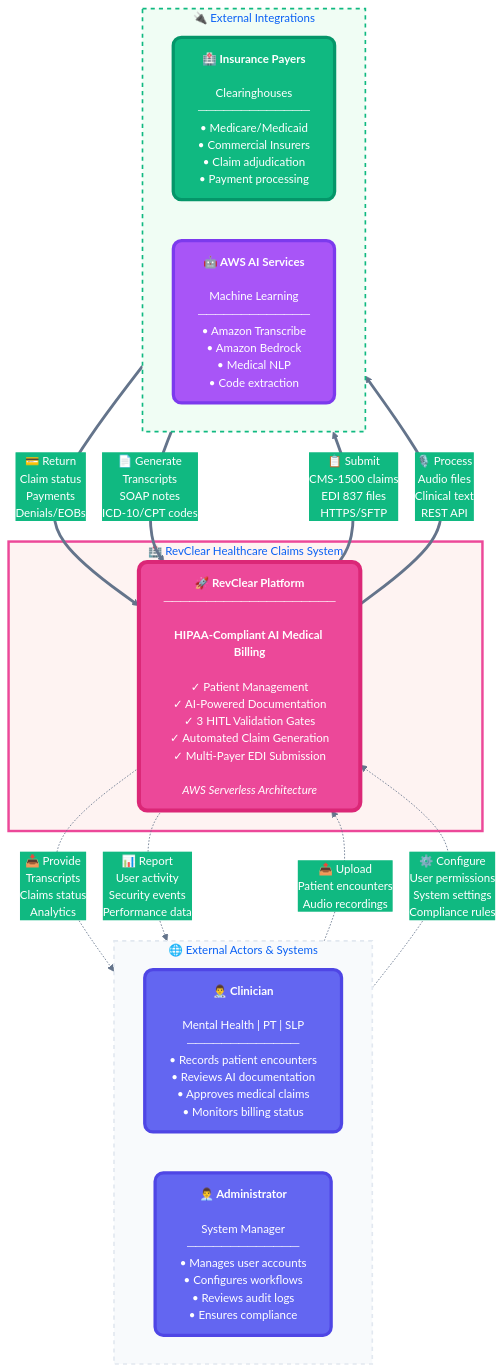
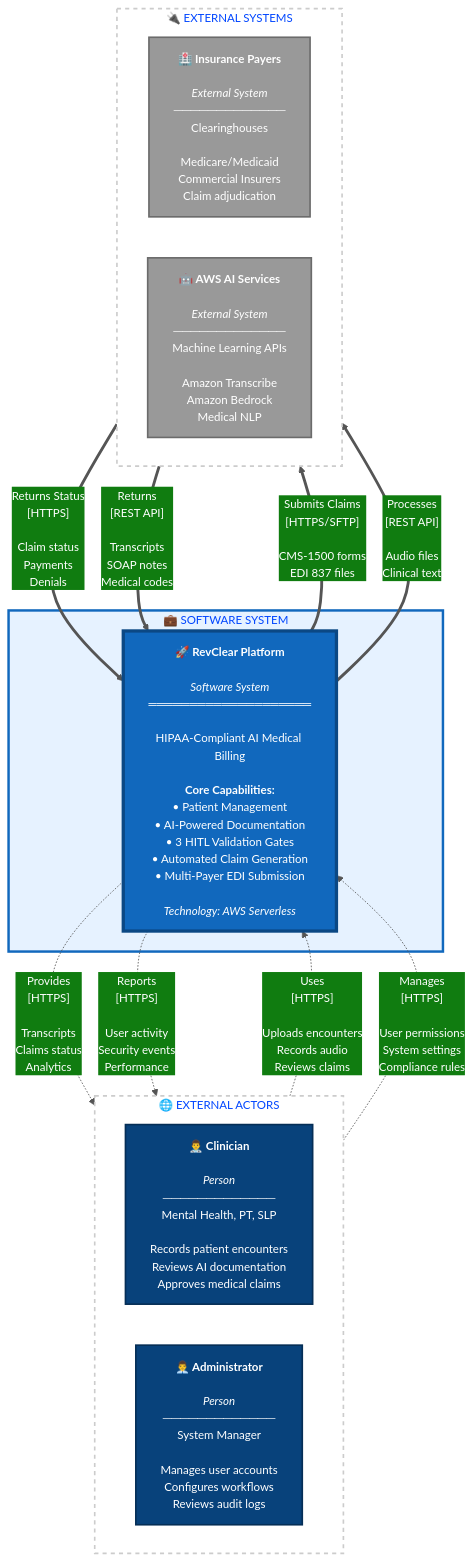
The first of 8 diagrams in docs/ARCHITECTURE_DIAGRAMS.md (hpppm/revclear), drawn with Mermaid before and after one commit. The commit also changed other lines of this file, not shown here.

````diff
--- a/docs/ARCHITECTURE_DIAGRAMS.md
+++ b/docs/ARCHITECTURE_DIAGRAMS.md
@@ -59,51 +61,49 @@
 ```mermaid
-%%{init: {'theme':'base', 'themeVariables': {'primaryColor':'#6366f1','secondaryColor':'#10b981','tertiaryColor':'#f59e0b','primaryBorderColor':'#4f46e5','primaryTextColor':'#fff','lineColor':'#64748b','fontSize':'14px'}}}%%
+%%{init: {'theme':'base', 'themeVariables': {'primaryColor':'#0078D4','secondaryColor':'#107C10','tertiaryColor':'#FFB900','background':'#FFFFFF','mainBkg':'#FFFFFF','primaryTextColor':'#fff','lineColor':'#555','fontSize':'14px'}}}%%
 
 graph TB
-    subgraph external["🌐 External Actors & Systems"]
+    subgraph external["🌐 EXTERNAL ACTORS"]
         direction LR
-        CLI["<b>👨‍⚕️ Clinician</b><br/><br/>Mental Health | PT | SLP<br/>─────────────<br/>• Records patient encounters<br/>• Reviews AI documentation<br/>• Approves medical claims<br/>• Monitors billing status"]
+        CLI["<b>👨‍⚕️ Clinician</b><br/><br/><i>Person</i><br/>─────────────<br/>Mental Health, PT, SLP<br/><br/>Records patient encounters<br/>Reviews AI documentation<br/>Approves medical claims"]
         
-        ADM["<b>👨‍💼 Administrator</b><br/><br/>System Manager<br/>─────────────<br/>• Manages user accounts<br/>• Configures workflows<br/>• Reviews audit logs<br/>• Ensures compliance"]
+        ADM["<b>👨‍💼 Administrator</b><br/><br/><i>Person</i><br/>─────────────<br/>System Manager<br/><br/>Manages user accounts<br/>Configures workflows<br/>Reviews audit logs"]
     end
     
-    subgraph system["🏥 RevClear Healthcare Claims System"]
-        SYS["<b>🚀 RevClear Platform</b><br/>────────────────────<br/><br/><b>HIPAA-Compliant AI Medical Billing</b><br/><br/>✓ Patient Management<br/>✓ AI-Powered Documentation<br/>✓ 3 HITL Validation Gates<br/>✓ Automated Claim Generation<br/>✓ Multi-Payer EDI Submission<br/><br/><i>AWS Serverless Architecture</i>"]
+    subgraph system["💼 SOFTWARE SYSTEM"]
+        SYS["<b>🚀 RevClear Platform</b><br/><br/><i>Software System</i><br/>════════════════════<br/><br/>HIPAA-Compliant AI Medical Billing<br/><br/><b>Core Capabilities:</b><br/>• Patient Management<br/>• AI-Powered Documentation<br/>• 3 HITL Validation Gates<br/>• Automated Claim Generation<br/>• Multi-Payer EDI Submission<br/><br/><i>Technology: AWS Serverless</i>"]
     end
     
-    subgraph integrations["🔌 External Integrations"]
+    subgraph integrations["🔌 EXTERNAL SYSTEMS"]
         direction LR
-        INS["<b>🏥 Insurance Payers</b><br/><br/>Clearinghouses<br/>─────────────<br/>• Medicare/Medicaid<br/>• Commercial Insurers<br/>• Claim adjudication<br/>• Payment processing"]
+        INS["<b>🏥 Insurance Payers</b><br/><br/><i>External System</i><br/>─────────────<br/>Clearinghouses<br/><br/>Medicare/Medicaid<br/>Commercial Insurers<br/>Claim adjudication"]
         
-        AI["<b>🤖 AWS AI Services</b><br/><br/>Machine Learning<br/>─────────────<br/>• Amazon Transcribe<br/>• Amazon Bedrock<br/>• Medical NLP<br/>• Code extraction"]
+        AI["<b>🤖 AWS AI Services</b><br/><br/><i>External System</i><br/>─────────────<br/>Machine Learning APIs<br/><br/>Amazon Transcribe<br/>Amazon Bedrock<br/>Medical NLP"]
     end
     
     %% Primary User Flows
-    CLI -.->|"📤 Upload<br/>Patient encounters<br/>Audio recordings"| SYS
-    SYS -.->|"📥 Provide<br/>Transcripts<br/>Claims status<br/>Analytics"| CLI
+    CLI -.->|"Uses<br/>[HTTPS]<br/><br/>Uploads encounters<br/>Records audio<br/>Reviews claims"| SYS
+    SYS -.->|"Provides<br/>[HTTPS]<br/><br/>Transcripts<br/>Claims status<br/>Analytics"| CLI
     
-    ADM -.->|"⚙️ Configure<br/>User permissions<br/>System settings<br/>Compliance rules"| SYS
-    SYS -.->|"📊 Report<br/>User activity<br/>Security events<br/>Performance data"| ADM
+    ADM -.->|"Manages<br/>[HTTPS]<br/><br/>User permissions<br/>System settings<br/>Compliance rules"| SYS
+    SYS -.->|"Reports<br/>[HTTPS]<br/><br/>User activity<br/>Security events<br/>Performance"| ADM
     
     %% External System Integrations
-    SYS ==>|"📋 Submit<br/>CMS-1500 claims<br/>EDI 837 files<br/>HTTPS/SFTP"| INS
-    INS ==>|"💳 Return<br/>Claim status<br/>Payments<br/>Denials/EOBs"| SYS
+    SYS ==>|"Submits Claims<br/>[HTTPS/SFTP]<br/><br/>CMS-1500 forms<br/>EDI 837 files"| INS
+    INS ==>|"Returns Status<br/>[HTTPS]<br/><br/>Claim status<br/>Payments<br/>Denials"| SYS
     
-    SYS ==>|"🎙️ Process<br/>Audio files<br/>Clinical text<br/>REST API"| AI
-    AI ==>|"📄 Generate<br/>Transcripts<br/>SOAP notes<br/>ICD-10/CPT codes"| SYS
+    SYS ==>|"Processes<br/>[REST API]<br/><br/>Audio files<br/>Clinical text"| AI
+    AI ==>|"Returns<br/>[REST API]<br/><br/>Transcripts<br/>SOAP notes<br/>Medical codes"| SYS
     
-    %% Styling
-    classDef userClass fill:#6366f1,stroke:#4f46e5,stroke-width:4px,color:#fff,rx:10,ry:10
-    classDef systemClass fill:#ec4899,stroke:#db2777,stroke-width:5px,color:#fff,rx:10,ry:10
-    classDef externalClass fill:#10b981,stroke:#059669,stroke-width:4px,color:#fff,rx:10,ry:10
-    classDef aiClass fill:#a855f7,stroke:#7c3aed,stroke-width:4px,color:#fff,rx:10,ry:10
+    %% C4 Model Standard Styling
+    classDef personClass fill:#08427B,stroke:#052E56,stroke-width:2px,color:#ffffff
+    classDef systemClass fill:#1168BD,stroke:#0B4884,stroke-width:4px,color:#ffffff
+    classDef externalClass fill:#999999,stroke:#6B6B6B,stroke-width:2px,color:#ffffff
     
-    class CLI,ADM userClass
+    class CLI,ADM personClass
     class SYS systemClass
-    class INS externalClass
-    class AI aiClass
+    class INS,AI externalClass
     
-    style external fill:#f8fafc,stroke:#e2e8f0,stroke-width:2px,stroke-dasharray:5 5
-    style system fill:#fef3f2,stroke:#ec4899,stroke-width:3px
-    style integrations fill:#f0fdf4,stroke:#10b981,stroke-width:2px,stroke-dasharray:5 5
+    style external fill:#ffffff,stroke:#cccccc,stroke-width:2px,stroke-dasharray:5 5
+    style system fill:#e6f2ff,stroke:#1168BD,stroke-width:3px
+    style integrations fill:#ffffff,stroke:#cccccc,stroke-width:2px,stroke-dasharray:5 5
 ```
````
